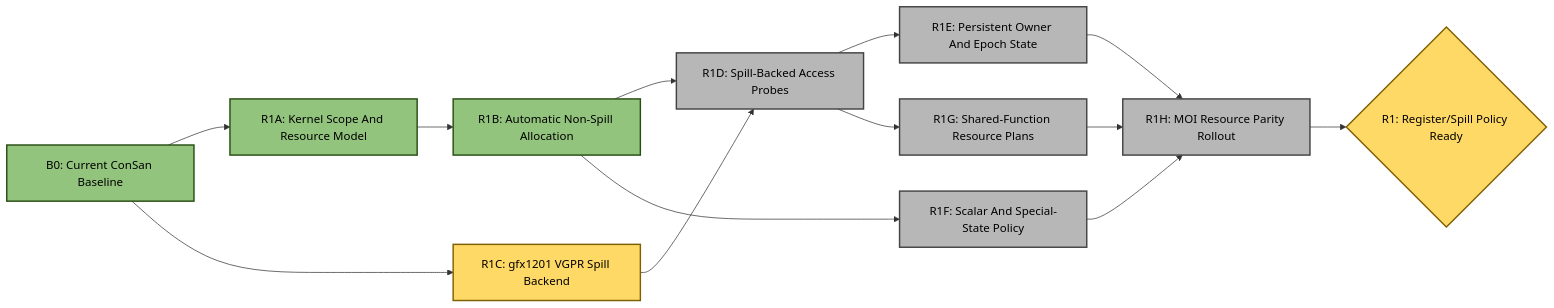
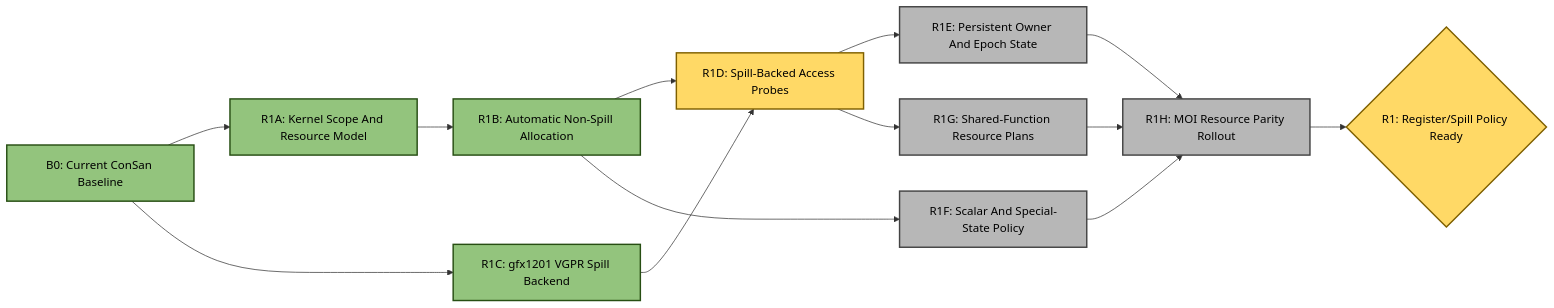
One commit to ROCm/rocm-systems changed the first of 4 diagrams in emulation/rocjitsu/docs/consan/PLAN.md. Above: the diagram before and after it, drawn with Mermaid. The commit also changed other lines of this file and 15 other files, not shown here.

Commit message:
Add gfx1201 VGPR spill backend

````diff
--- a/emulation/rocjitsu/docs/consan/PLAN.md
+++ b/emulation/rocjitsu/docs/consan/PLAN.md
@@ -85,30 +85,30 @@
 ```mermaid
 flowchart LR
   B0["B0: Current ConSan Baseline"]:::done
   R1A["R1A: Kernel Scope And Resource Model"]:::done
   R1B["R1B: Automatic Non-Spill Allocation"]:::done
-  R1C["R1C: gfx1201 VGPR Spill Backend"]:::active
-  R1D["R1D: Spill-Backed Access Probes"]:::todo
+  R1C["R1C: gfx1201 VGPR Spill Backend"]:::done
+  R1D["R1D: Spill-Backed Access Probes"]:::active
   R1E["R1E: Persistent Owner And Epoch State"]:::todo
   R1F["R1F: Scalar And Special-State Policy"]:::todo
   R1G["R1G: Shared-Function Resource Plans"]:::todo
   R1H["R1H: MOI Resource Parity Rollout"]:::todo
   R1{"R1: Register/Spill Policy Ready"}:::active
 
   B0 --> R1A
   B0 --> R1C
   R1A --> R1B
   R1B --> R1D
   R1C --> R1D
   R1B --> R1F
   R1D --> R1E
   R1D --> R1G
   R1E --> R1H
   R1F --> R1H
   R1G --> R1H
   R1H --> R1
 
   classDef done fill:#93c47d,stroke:#274e13,stroke-width:2px,color:#000;
   classDef active fill:#ffd966,stroke:#7f6000,stroke-width:2px,color:#000;
   classDef todo fill:#b7b7b7,stroke:#434343,stroke-width:2px,color:#000;
 ```
````
